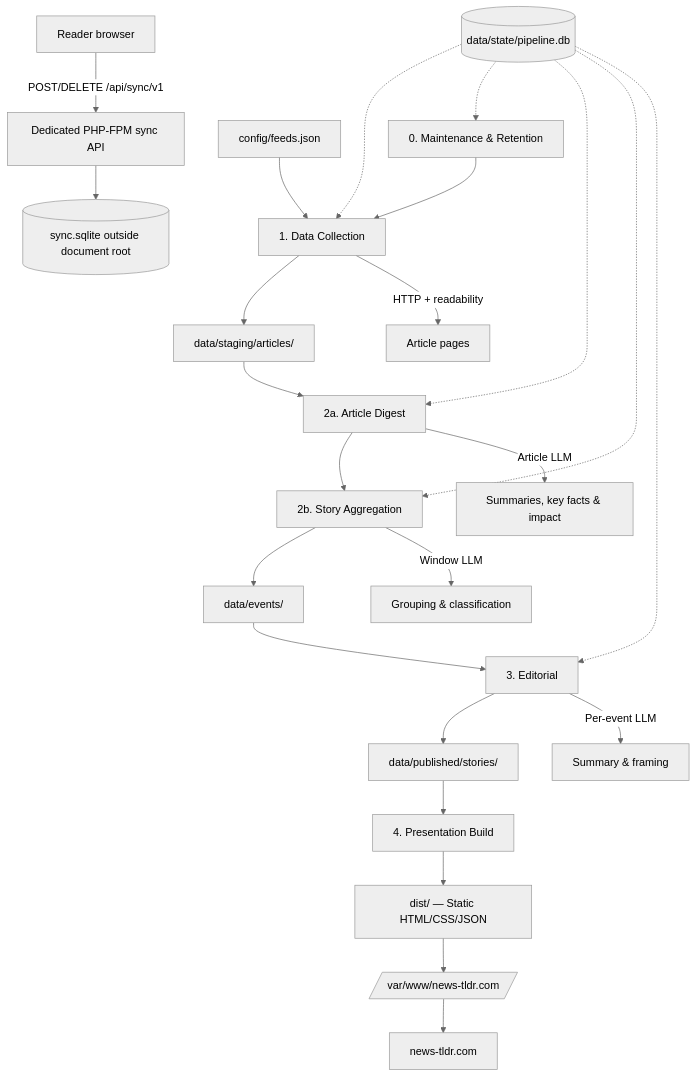
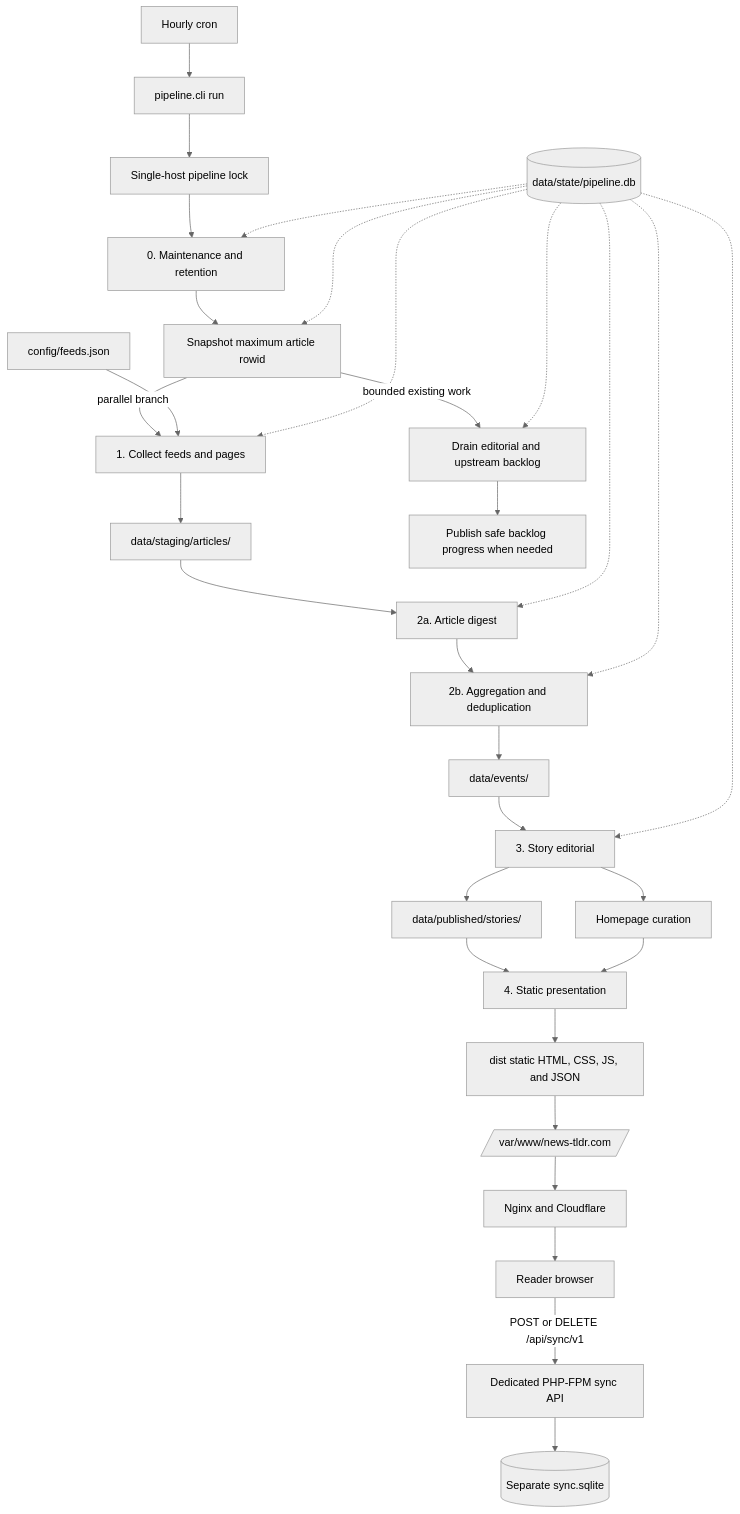
One commit to pmeenan/news-tldr.com changed the diagram in docs/design.md. Above: the diagram before and after it, drawn with Mermaid (neutral theme). The commit also changed other lines of this file and 5 other files, not shown here.

````diff
--- a/docs/design.md
+++ b/docs/design.md
@@ -24,28 +24,38 @@
 ```mermaid
-graph TD
-    Maintenance[0. Maintenance & Retention] --> Collect[1. Data Collection]
-    Feeds[config/feeds.json] --> Collect[1. Data Collection]
+flowchart TD
+    Cron[Hourly cron] --> Runner[pipeline.cli run]
+    Runner --> Lock[Single-host pipeline lock]
+    Lock --> Maintenance[0. Maintenance and retention]
+    Maintenance --> Snapshot[Snapshot maximum article rowid]
+
+    Snapshot -->|parallel branch| Collect[1. Collect feeds and pages]
+    Feeds[config/feeds.json] --> Collect
     Collect --> Articles[data/staging/articles/]
-    Articles --> Digest[2a. Article Digest]
-    Digest --> Aggregate[2b. Story Aggregation]
+
+    Snapshot -->|bounded existing work| Backlog[Drain editorial and upstream backlog]
+    Backlog --> Interim[Publish safe backlog progress when needed]
+
+    Articles --> Digest[2a. Article digest]
+    Digest --> Aggregate[2b. Aggregation and deduplication]
     Aggregate --> Events[data/events/]
-    Events --> Editorial[3. Editorial]
+    Events --> Editorial[3. Story editorial]
     Editorial --> Stories[data/published/stories/]
-    Stories --> Present[4. Presentation Build]
-    Present --> Site[dist/ — Static HTML/CSS/JSON]
+    Editorial --> Curation[Homepage curation]
+    Stories --> Present[4. Static presentation]
+    Curation --> Present
+    Present --> Site[dist static HTML, CSS, JS, and JSON]
     Site --> Publish[/var/www/news-tldr.com/]
-    Publish --> Nginx[news-tldr.com]
-    Browser[Reader browser] -->|POST/DELETE /api/sync/v1| SyncAPI[Dedicated PHP-FPM sync API]
-    SyncAPI --> SyncState[(sync.sqlite outside document root)]
+    Publish --> Nginx[Nginx and Cloudflare]
+    Nginx --> Browser[Reader browser]
 
-    State[(data/state/pipeline.db)] -.-> Collect
-    State -.-> Maintenance
+    Browser -->|POST or DELETE /api/sync/v1| SyncAPI[Dedicated PHP-FPM sync API]
+    SyncAPI --> SyncState[(Separate sync.sqlite)]
+
+    State[(data/state/pipeline.db)] -.-> Maintenance
+    State -.-> Snapshot
+    State -.-> Collect
+    State -.-> Backlog
     State -.-> Digest
     State -.-> Aggregate
     State -.-> Editorial
-
-    Collect -->|HTTP + readability| Pages[Article pages]
-    Digest -->|Article LLM| ArticleDigest[Summaries, key facts & impact]
-    Aggregate -->|Window LLM| Classify[Grouping & classification]
-    Editorial -->|Per-event LLM| Summarize[Summary & framing]
 ```
````
